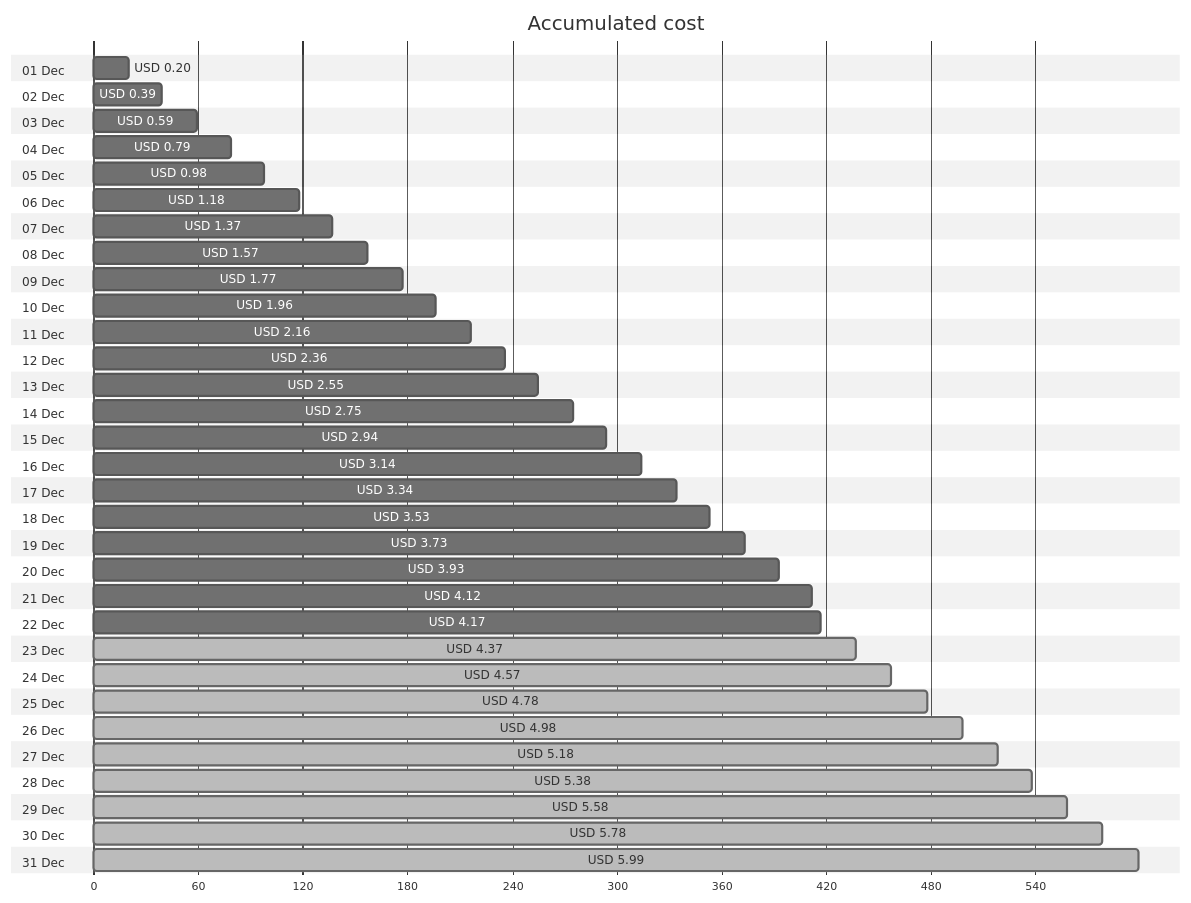
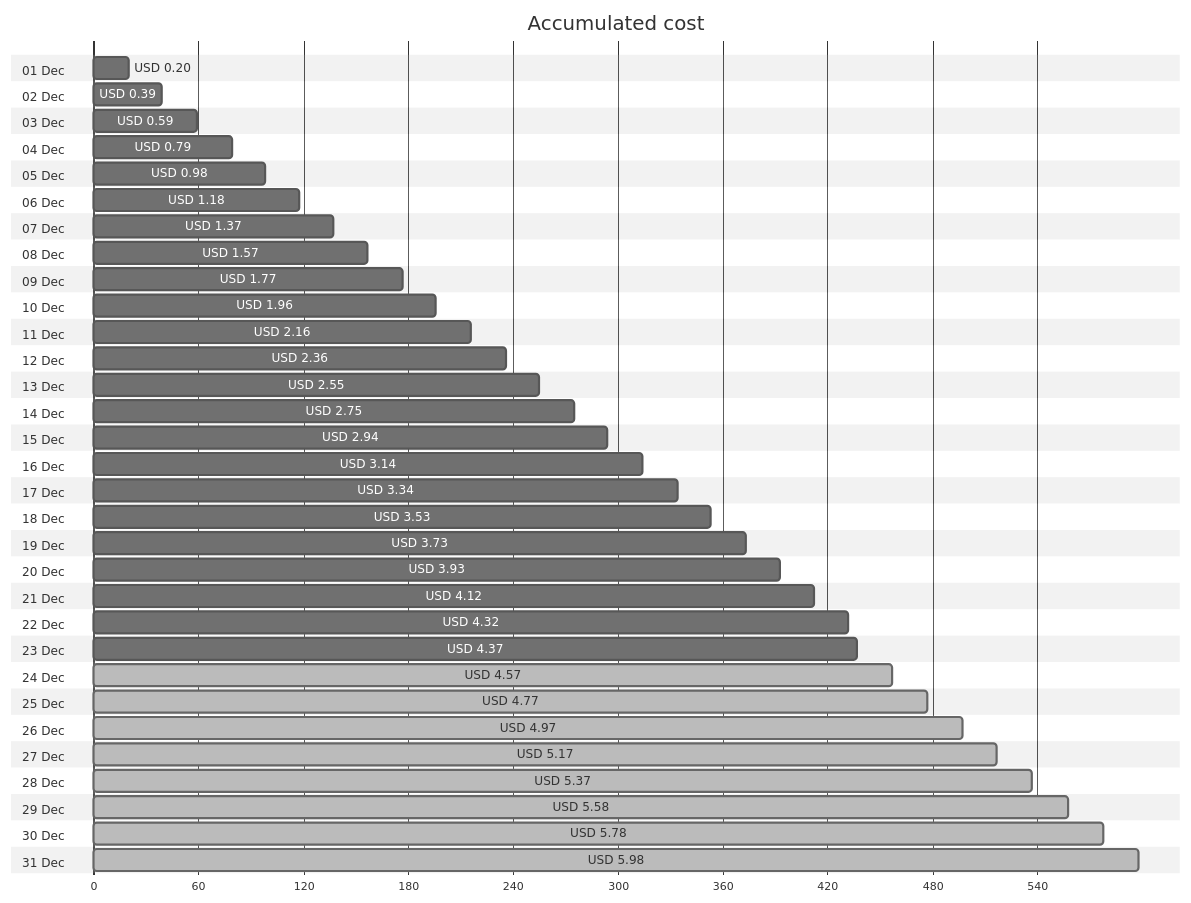
The first of 4 diagrams in cost-reports/personal-network/backup-server.md (jpfulton/azure-personal-reports), drawn with Mermaid (neutral theme) before and after one commit. The commit also changed other lines of this file and 8 other files, not shown here.

````diff
--- a/cost-reports/personal-network/backup-server.md
+++ b/cost-reports/personal-network/backup-server.md
@@ -20,68 +20,68 @@
 ```mermaid
 gantt
    title Accumulated cost
    dateFormat  X
    axisFormat %s
    section 01 Dec
    USD 0.20 :0, 20
    section 02 Dec
    USD 0.39 :0, 39
    section 03 Dec
    USD 0.59 :0, 59
    section 04 Dec
    USD 0.79 :0, 79
    section 05 Dec
    USD 0.98 :0, 98
    section 06 Dec
    USD 1.18 :0, 118
    section 07 Dec
    USD 1.37 :0, 137
    section 08 Dec
    USD 1.57 :0, 157
    section 09 Dec
    USD 1.77 :0, 177
    section 10 Dec
    USD 1.96 :0, 196
    section 11 Dec
    USD 2.16 :0, 216
    section 12 Dec
    USD 2.36 :0, 236
    section 13 Dec
    USD 2.55 :0, 255
    section 14 Dec
    USD 2.75 :0, 275
    section 15 Dec
    USD 2.94 :0, 294
    section 16 Dec
    USD 3.14 :0, 314
    section 17 Dec
    USD 3.34 :0, 334
    section 18 Dec
    USD 3.53 :0, 353
    section 19 Dec
    USD 3.73 :0, 373
    section 20 Dec
    USD 3.93 :0, 393
    section 21 Dec
    USD 4.12 :0, 412
    section 22 Dec
-   USD 4.17 :0, 417
+   USD 4.32 :0, 432
    section 23 Dec
-   USD 4.37 : done, 0, 437
+   USD 4.37 :0, 437
    section 24 Dec
    USD 4.57 : done, 0, 457
    section 25 Dec
-   USD 4.78 : done, 0, 478
+   USD 4.77 : done, 0, 477
    section 26 Dec
-   USD 4.98 : done, 0, 498
+   USD 4.97 : done, 0, 497
    section 27 Dec
-   USD 5.18 : done, 0, 518
+   USD 5.17 : done, 0, 517
    section 28 Dec
-   USD 5.38 : done, 0, 538
+   USD 5.37 : done, 0, 537
    section 29 Dec
    USD 5.58 : done, 0, 558
    section 30 Dec
    USD 5.78 : done, 0, 578
    section 31 Dec
-   USD 5.99 : done, 0, 599
+   USD 5.98 : done, 0, 598
 ```
````
